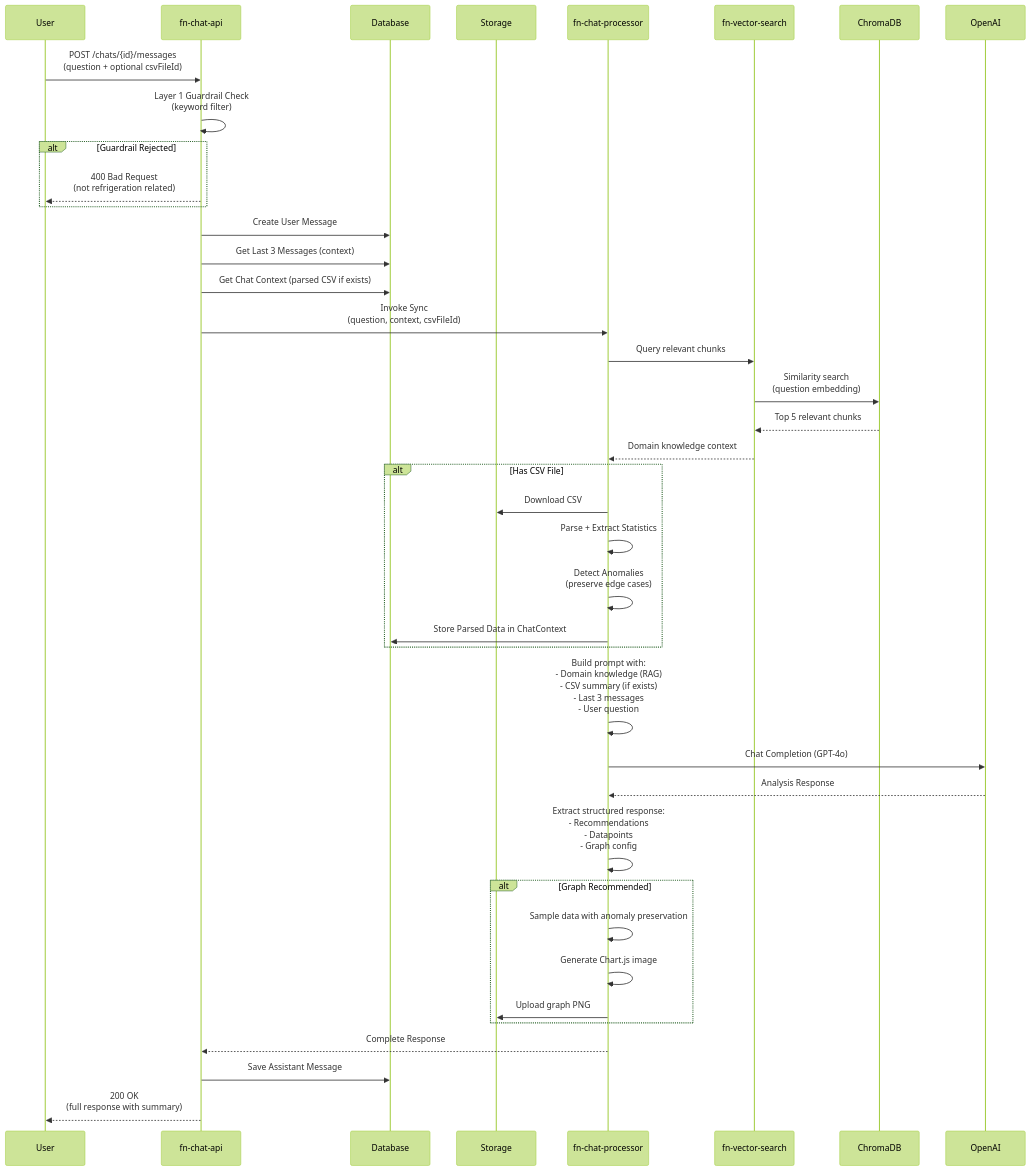
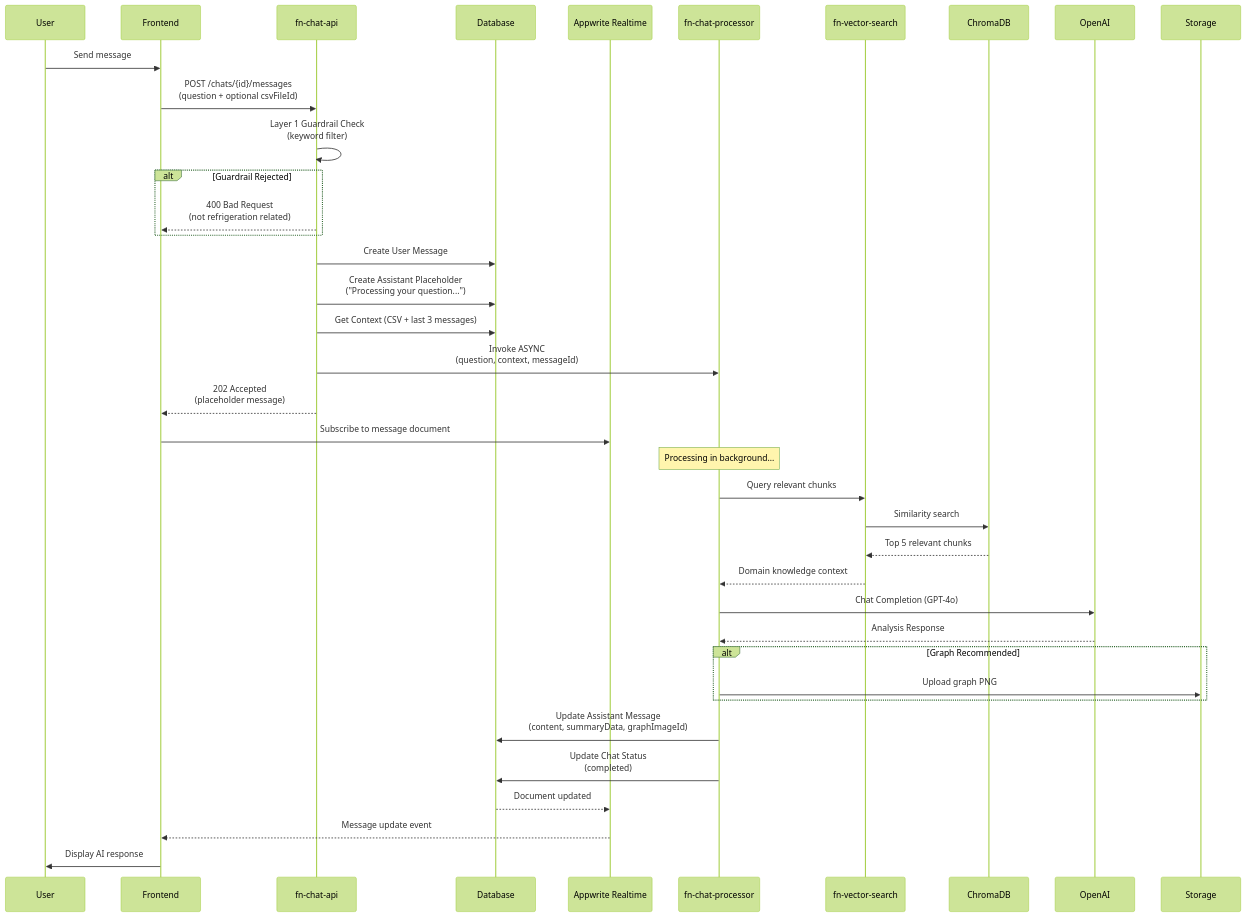
The second of 4 diagrams in docs/chat-architecture.md (varunarya-mac/IMS_Trojan_horse_backend), drawn with Mermaid (forest theme) before and after one commit. The commit also changed other lines of this file and 9 other files, not shown here.

First line of the commit message:
refactor: migrate chat system to async architecture with Realtime   subscriptions

````diff
--- a/docs/chat-architecture.md
+++ b/docs/chat-architecture.md
@@ -127,62 +129,65 @@
 ```mermaid
 sequenceDiagram
     participant User
+    participant Frontend
     participant ChatAPI as fn-chat-api
     participant DB as Database
-    participant Storage
+    participant Realtime as Appwrite Realtime
     participant ChatProcessor as fn-chat-processor
     participant VectorSearch as fn-vector-search
     participant ChromaDB
     participant OpenAI
+    participant Storage
 
     %% User sends message
-    User->>ChatAPI: POST /chats/{id}/messages<br/>(question + optional csvFileId)
+    User->>Frontend: Send message
+    Frontend->>ChatAPI: POST /chats/{id}/messages<br/>(question + optional csvFileId)
 
     %% Layer 1 Guardrail
     ChatAPI->>ChatAPI: Layer 1 Guardrail Check<br/>(keyword filter)
 
     alt Guardrail Rejected
-        ChatAPI-->>User: 400 Bad Request<br/>(not refrigeration related)
+        ChatAPI-->>Frontend: 400 Bad Request<br/>(not refrigeration related)
     end
 
-    %% Save user message
+    %% Save user message and create placeholder
     ChatAPI->>DB: Create User Message
-    ChatAPI->>DB: Get Last 3 Messages (context)
-    ChatAPI->>DB: Get Chat Context (parsed CSV if exists)
+    ChatAPI->>DB: Create Assistant Placeholder<br/>("Processing your question...")
+    ChatAPI->>DB: Get Context (CSV + last 3 messages)
 
-    %% Invoke processor synchronously
-    ChatAPI->>ChatProcessor: Invoke Sync<br/>(question, context, csvFileId)
+    %% Start async processing (fire and forget)
+    ChatAPI->>ChatProcessor: Invoke ASYNC<br/>(question, context, messageId)
+
+    %% Return immediately (HTTP 202)
+    ChatAPI-->>Frontend: 202 Accepted<br/>(placeholder message)
+
+    %% Frontend subscribes to updates
+    Frontend->>Realtime: Subscribe to message document
+
+    %% Background processing begins
+    Note over ChatProcessor: Processing in background...
 
     %% Vector search for domain knowledge
     ChatProcessor->>VectorSearch: Query relevant chunks
-    VectorSearch->>ChromaDB: Similarity search<br/>(question embedding)
+    VectorSearch->>ChromaDB: Similarity search
     ChromaDB-->>VectorSearch: Top 5 relevant chunks
     VectorSearch-->>ChatProcessor: Domain knowledge context
 
-    %% CSV Processing (if file provided)
-    alt Has CSV File
-        ChatProcessor->>Storage: Download CSV
-        ChatProcessor->>ChatProcessor: Parse + Extract Statistics
-        ChatProcessor->>ChatProcessor: Detect Anomalies<br/>(preserve edge cases)
-        ChatProcessor->>DB: Store Parsed Data in ChatContext
-    end
-
     %% AI Analysis
-    ChatProcessor->>ChatProcessor: Build prompt with:<br/>- Domain knowledge (RAG)<br/>- CSV summary (if exists)<br/>- Last 3 messages<br/>- User question
     ChatProcessor->>OpenAI: Chat Completion (GPT-4o)
     OpenAI-->>ChatProcessor: Analysis Response
 
-    %% Generate Summary + Graph
-    ChatProcessor->>ChatProcessor: Extract structured response:<br/>- Recommendations<br/>- Datapoints<br/>- Graph config
-
+    %% Generate Graph (if applicable)
     alt Graph Recommended
-        ChatProcessor->>ChatProcessor: Sample data with anomaly preservation
-        ChatProcessor->>ChatProcessor: Generate Chart.js image
         ChatProcessor->>Storage: Upload graph PNG
     end
 
-    %% Return response
-    ChatProcessor-->>ChatAPI: Complete Response
-    ChatAPI->>DB: Save Assistant Message
-    ChatAPI-->>User: 200 OK<br/>(full response with summary)
+    %% Update message in DB
+    ChatProcessor->>DB: Update Assistant Message<br/>(content, summaryData, graphImageId)
+    ChatProcessor->>DB: Update Chat Status<br/>(completed)
+
+    %% Realtime notification
+    DB-->>Realtime: Document updated
+    Realtime-->>Frontend: Message update event
+    Frontend->>User: Display AI response
 ```
````
